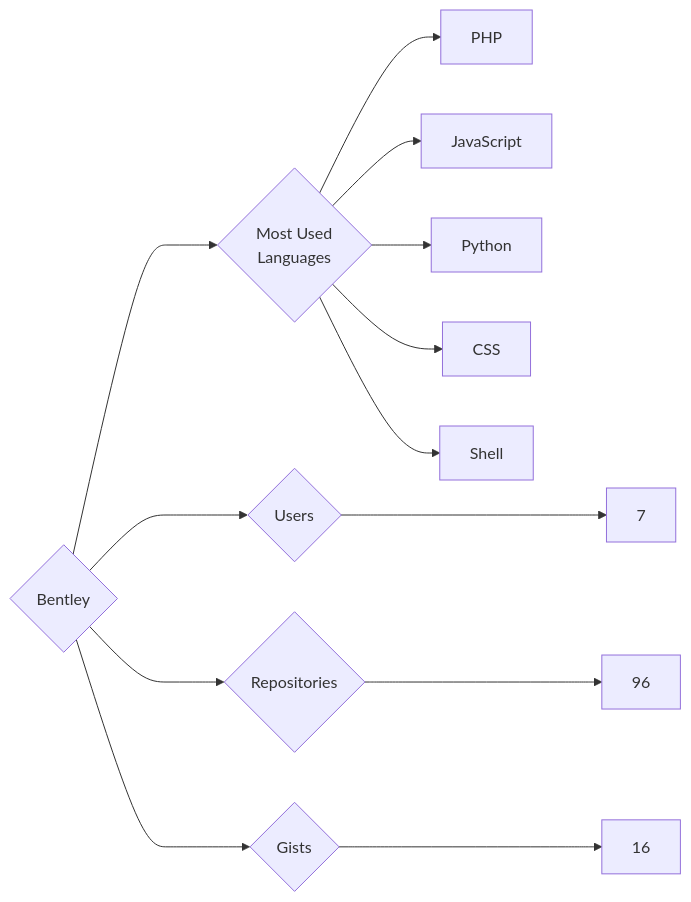
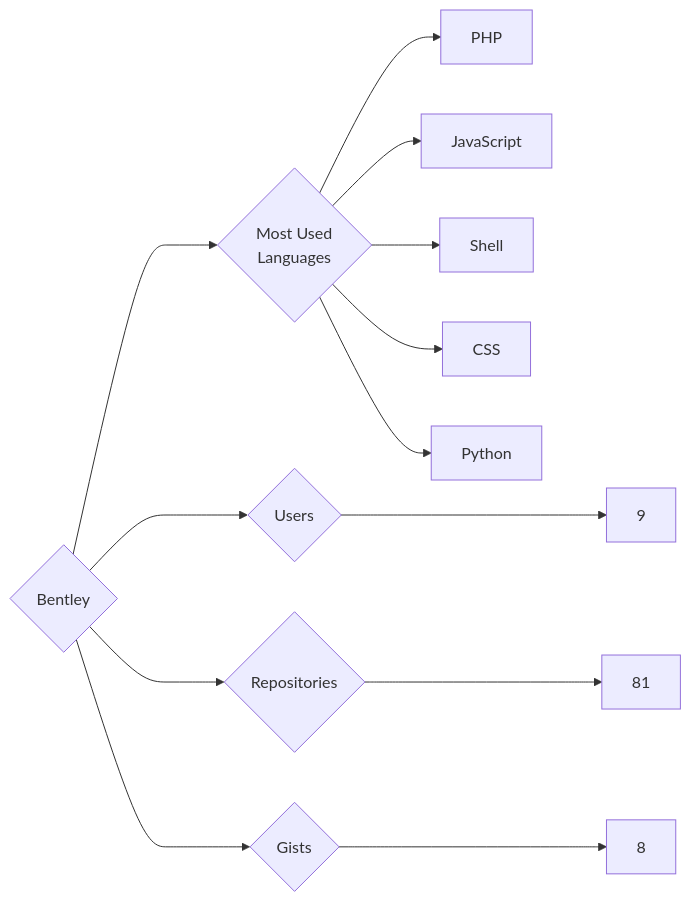
Before and after one commit to trickest/insiders: the diagram in targets/Bentley/README.md, drawn with Mermaid. The commit also changed 988 other files, not shown here.

````diff
--- a/targets/Bentley/README.md
+++ b/targets/Bentley/README.md
@@ -3,13 +3,13 @@
 ```mermaid
 graph LR
 COMPANY_NAME{Bentley}
-COMPANY_NAME ---> U{Users} ---> UN[7]
-COMPANY_NAME ---> R{Repositories} ---> RN[96]
-COMPANY_NAME ---> G{Gists} ---> GN[16]
+COMPANY_NAME ---> U{Users} ---> UN[9]
+COMPANY_NAME ---> R{Repositories} ---> RN[81]
+COMPANY_NAME ---> G{Gists} ---> GN[8]
 COMPANY_NAME ---> ML{Most Used<br>Languages}
 ML --> PHP[PHP]
 ML --> JavaScript[JavaScript]
+ML --> Shell[Shell]
+ML --> CSS[CSS]
 ML --> Python[Python]
-ML --> CSS[CSS]
-ML --> Shell[Shell]
 ```
````
